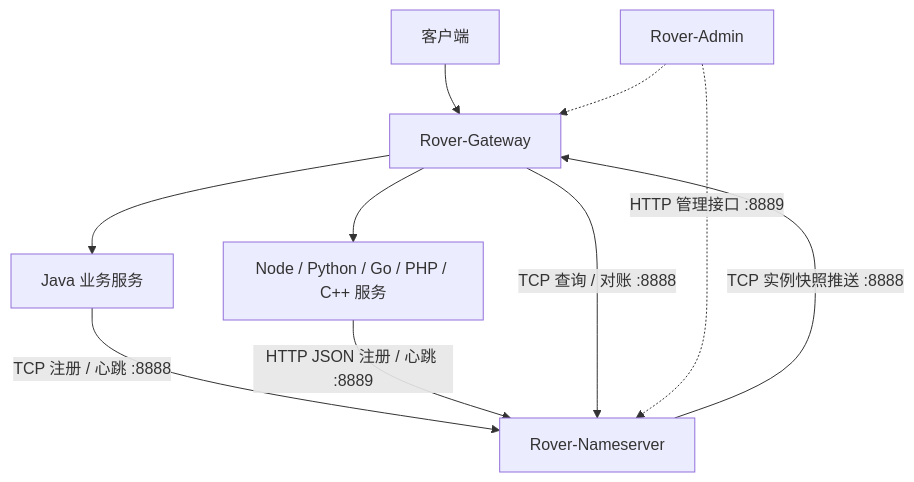
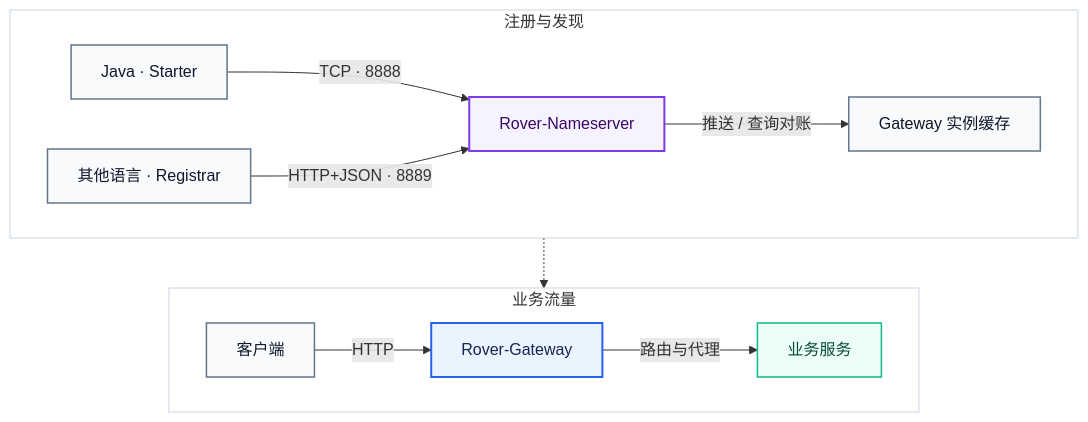
One commit to zzl-qz/Rover-Suite changed the first of 3 diagrams in docs-public/architecture.zh-CN.md. Above: the diagram before and after it, drawn with Mermaid. The commit also changed other lines of this file and 7 other files, not shown here.

Commit message:
调整了一下图

````diff
--- a/docs-public/architecture.zh-CN.md
+++ b/docs-public/architecture.zh-CN.md
@@ -53,15 +53,28 @@
 ```mermaid
 flowchart TB
-    Client["客户端"] --> GW["Rover-Gateway"]
-    GW --> JavaService["Java 业务服务"]
-    GW --> OtherService["Node / Python / Go / PHP / C++ 服务"]
+    subgraph Traffic["业务流量"]
+        direction LR
+        Client["客户端"] -->|"HTTP"| GW["Rover-Gateway"]
+        GW -->|"路由与代理"| Service["业务服务"]
+    end
 
-    JavaService -->|"TCP 注册 / 心跳 :8888"| NS["Rover-Nameserver"]
-    OtherService -->|"HTTP JSON 注册 / 心跳 :8889"| NS
+    subgraph Control["注册与发现"]
+        direction LR
+        Java["Java · Starter"] -->|"TCP · 8888"| NS["Rover-Nameserver"]
+        Other["其他语言 · Registrar"] -->|"HTTP+JSON · 8889"| NS
+        NS -->|"推送 / 查询对账"| Cache["Gateway 实例缓存"]
+    end
 
-    NS -->|"TCP 实例快照推送 :8888"| GW
-    GW -->|"TCP 查询 / 对账 :8888"| NS
+    Cache -.-> GW
 
-    Admin["Rover-Admin"] -.->|"HTTP 管理接口 :8889"| NS
-    Admin -.-> GW
+    classDef edge fill:#F8FAFC,stroke:#64748B,color:#0F172A,stroke-width:1.5px;
+    classDef gateway fill:#EAF4FF,stroke:#2563EB,color:#172554,stroke-width:2px;
+    classDef service fill:#ECFDF5,stroke:#10B981,color:#064E3B,stroke-width:1.5px;
+    classDef registry fill:#F5F3FF,stroke:#7C3AED,color:#3B0764,stroke-width:2px;
+    class Client,Java,Other,Cache edge;
+    class GW gateway;
+    class Service service;
+    class NS registry;
+    style Traffic fill:#FFFFFF,stroke:#CBD5E1,stroke-width:1px;
+    style Control fill:#FFFFFF,stroke:#CBD5E1,stroke-width:1px;
 ```
````
